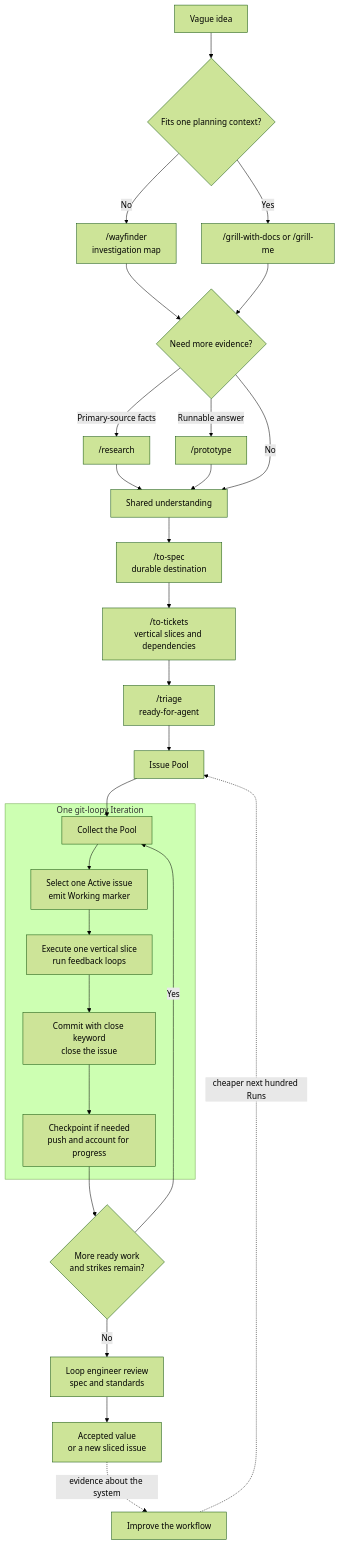
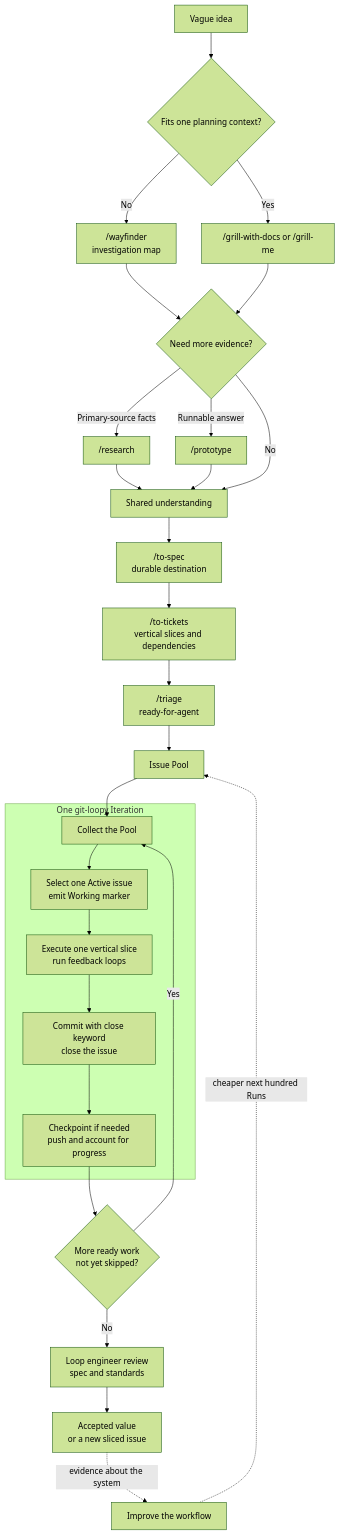
The second of 2 diagrams in README.md (bradcstevens/git-loopy), drawn with Mermaid (forest theme) before and after one commit. The commit also changed other lines of this file and 46 other files, not shown here.

````diff
--- a/README.md
+++ b/README.md
@@ -321,30 +323,30 @@
 ```mermaid
 flowchart TD
     Idea["Vague idea"] --> Scope{"Fits one planning context?"}
     Scope -- "No" --> Wayfinder["/wayfinder<br/>investigation map"]
     Scope -- "Yes" --> Grill["/grill-with-docs or /grill-me"]
     Wayfinder --> Evidence{"Need more evidence?"}
     Grill --> Evidence
     Evidence -- "Primary-source facts" --> Research["/research"] --> Agreed["Shared understanding"]
     Evidence -- "Runnable answer" --> Prototype["/prototype"] --> Agreed
     Evidence -- "No" --> Agreed
     Agreed --> Spec["/to-spec<br/>durable destination"]
     Spec --> Tickets["/to-tickets<br/>vertical slices and dependencies"]
     Tickets --> Triage["/triage<br/>ready-for-agent"]
     Triage --> Pool["Issue Pool"]
 
     subgraph Iteration["One git-loopy Iteration"]
         Collect["Collect the Pool"] --> Select["Select one Active issue<br/>emit Working marker"]
         Select --> Execute["Execute one vertical slice<br/>run feedback loops"]
         Execute --> Close["Commit with close keyword<br/>close the issue"]
         Close --> Account["Checkpoint if needed<br/>push and account for progress"]
     end
 
     Pool --> Collect
-    Account --> Continue{"More ready work<br/>and strikes remain?"}
+    Account --> Continue{"More ready work<br/>not yet skipped?"}
     Continue -- "Yes" --> Collect
     Continue -- "No" --> Review["Loop engineer review<br/>spec and standards"]
     Review --> Value["Accepted value<br/>or a new sliced issue"]
     Value -. "evidence about the system" .-> Improve["Improve the workflow"]
     Improve -. "cheaper next hundred Runs" .-> Pool
 ```
````
